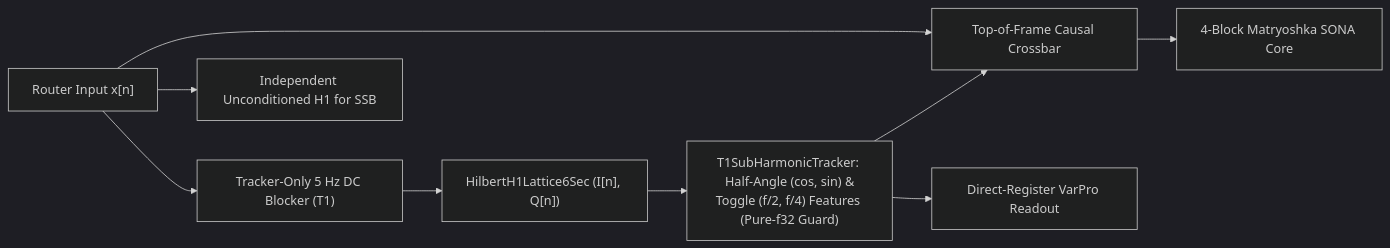
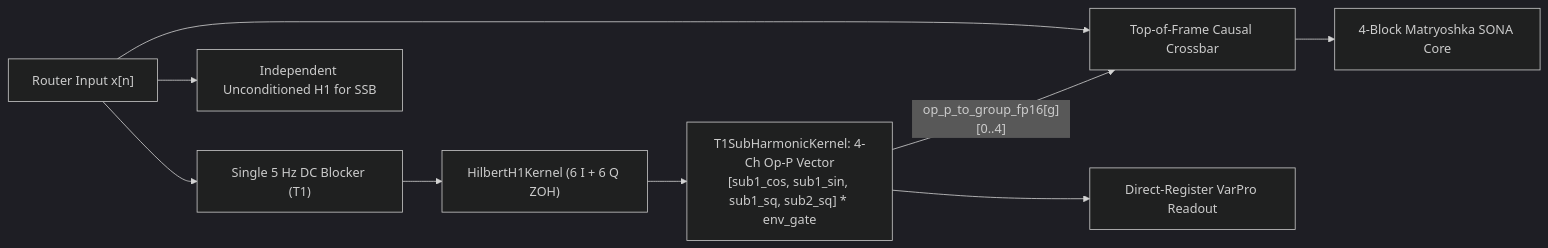
The diagram in docs/specs/dsp/op_m_modal_kautz.md (mokugen/dnam), drawn with Mermaid (dark theme) before and after one commit. The commit also changed other lines of this file and 19 other files, not shown here.

````diff
--- a/docs/specs/dsp/op_m_modal_kautz.md
+++ b/docs/specs/dsp/op_m_modal_kautz.md
@@ -135,8 +140,8 @@
 ```mermaid
 flowchart LR
-    X["Router Input x[n]"] --> DC["Tracker-Only 5 Hz DC Blocker (T1)"] --> H1["HilbertH1Lattice6Sec (I[n], Q[n])"] --> Tracker["T1SubHarmonicTracker: Half-Angle (cos, sin) &<br/>Toggle (f/2, f/4) Features (Pure-f32 Guard)"]
+    X["Router Input x[n]"] --> DC["Single 5 Hz DC Blocker (T1)"] --> H1["HilbertH1Kernel (6 I + 6 Q ZOH)"] --> Tracker["T1SubHarmonicKernel: 4-Ch Op-P Vector<br/>[sub1_cos, sub1_sin, sub1_sq, sub2_sq] * env_gate"]
     X --> Crossbar["Top-of-Frame Causal Crossbar"] --> Core["4-Block Matryoshka SONA Core"]
-    Tracker --> Crossbar
+    Tracker -->|"op_p_to_group_fp16[g][0..4]"| Crossbar
     Tracker --> Readout["Direct-Register VarPro Readout"]
     X --> SSB["Independent Unconditioned H1 for SSB"]
 ```
````
